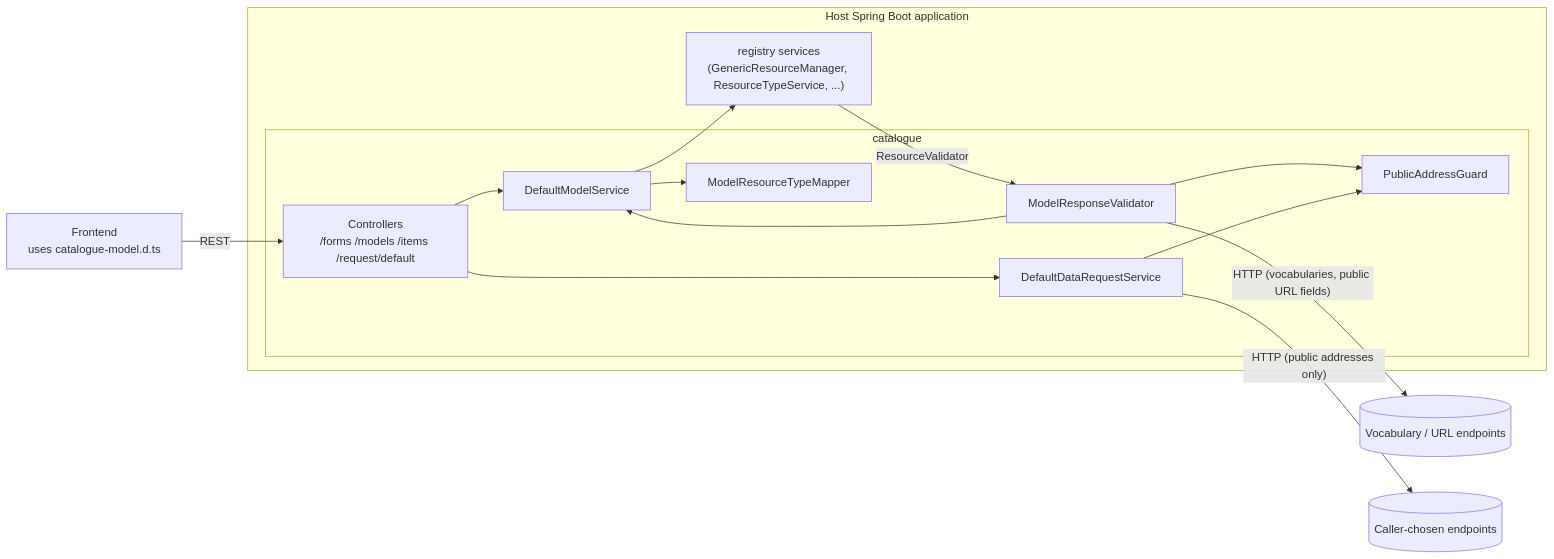
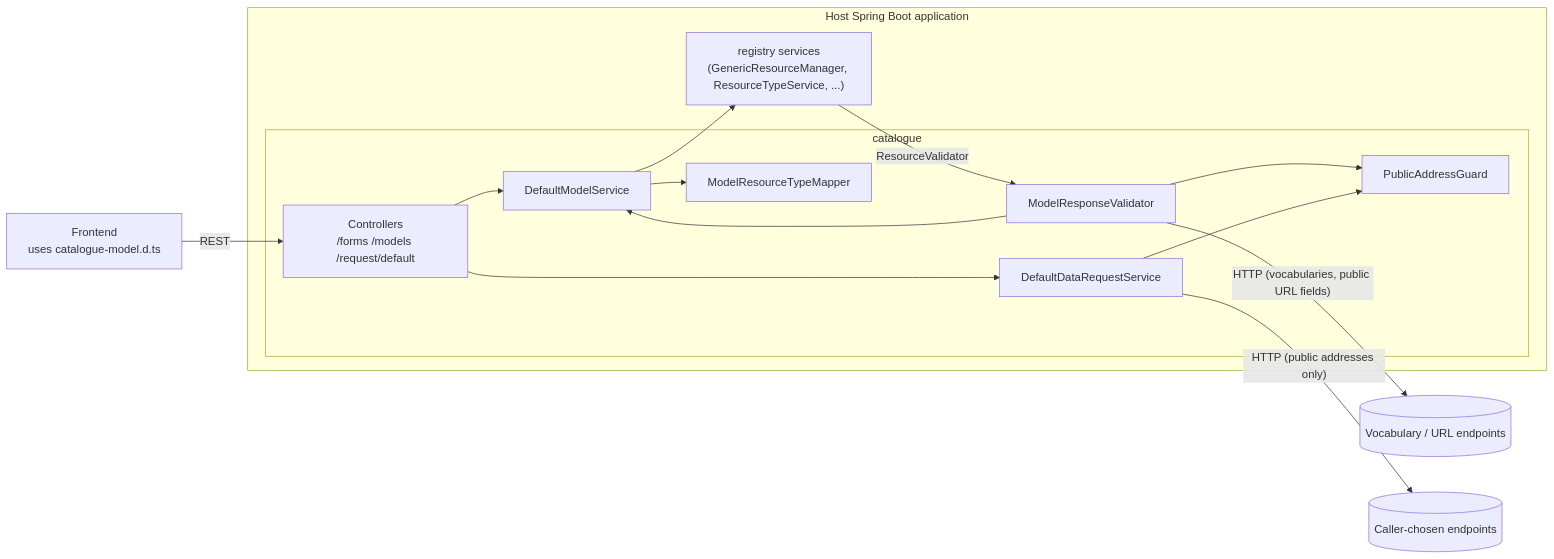
Before and after one commit to madgeek-arc/catalogue: the diagram in docs/architecture.md, drawn with Mermaid. The commit also changed other lines of this file and 3 other files, not shown here.

````diff
--- a/docs/architecture.md
+++ b/docs/architecture.md
@@ -56,20 +56,20 @@
 ```mermaid
 flowchart LR
     UI[Frontend<br/>uses catalogue-model.d.ts] -- REST --> CTRL
     subgraph HOST[Host Spring Boot application]
         subgraph CAT[catalogue]
-            CTRL["Controllers<br/>/forms /models /items /request/default"] --> MS[DefaultModelService]
+            CTRL["Controllers<br/>/forms /models /request/default"] --> MS[DefaultModelService]
             MS --> MAP[ModelResourceTypeMapper]
             VAL[ModelResponseValidator] --> MS
             CTRL --> DRS[DefaultDataRequestService]
             GUARD[PublicAddressGuard]
             VAL --> GUARD
             DRS --> GUARD
         end
         REGSVC["registry services<br/>(GenericResourceManager, ResourceTypeService, ...)"]
     end
     REGSVC -- "ResourceValidator" --> VAL
     MS --> REGSVC
     VAL -- "HTTP (vocabularies, public URL fields)" --> EXT[(Vocabulary / URL endpoints)]
     DRS -- "HTTP (public addresses only)" --> ANY[(Caller-chosen endpoints)]
 ```
````
